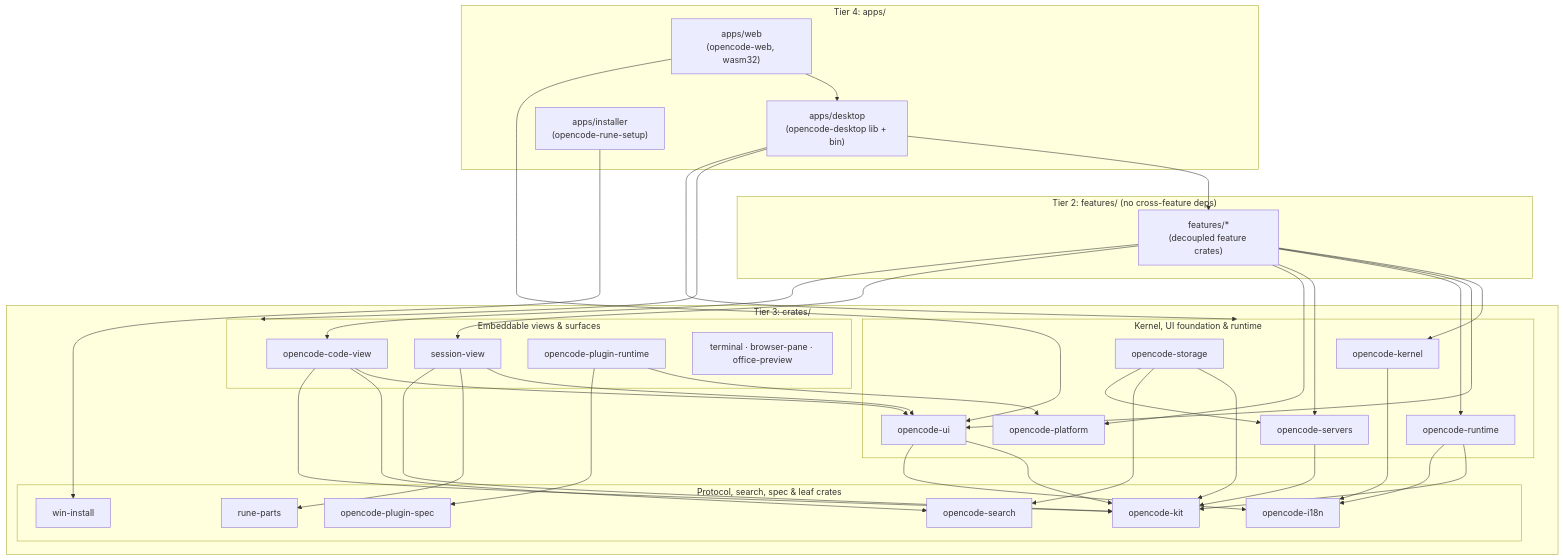
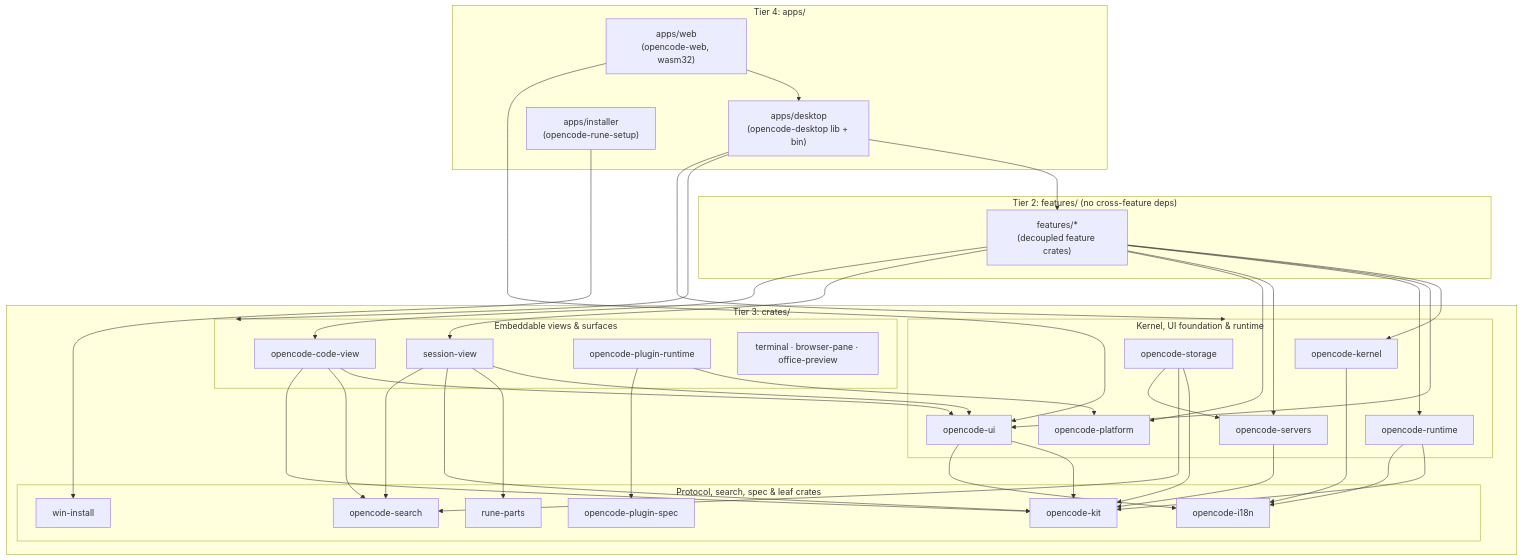
Before and after one commit to anomalyco/opencode-desktop: the diagram in ARCHITECTURE.md, drawn with Mermaid. The commit also changed other lines of this file and 78 other files, not shown here.

Commit message:
refactor(features): decouple non-timeline feature crates from session-view

````diff
--- a/ARCHITECTURE.md
+++ b/ARCHITECTURE.md
@@ -151,70 +151,71 @@
 ```mermaid
 flowchart TB
   subgraph T4["Tier 4: apps/"]
     WEB["apps/web<br/>(opencode-web, wasm32)"]
     DESKTOP["apps/desktop<br/>(opencode-desktop lib + bin)"]
     INSTALLER["apps/installer<br/>(opencode-rune-setup)"]
   end
 
   subgraph T2["Tier 2: features/ (no cross-feature deps)"]
     FEATS["features/*<br/>(decoupled feature crates)"]
   end
 
   subgraph T3["Tier 3: crates/"]
     subgraph T3_TOP["Embeddable views &amp; surfaces"]
       SV["session-view"]
       CV["opencode-code-view"]
       PR["opencode-plugin-runtime"]
       SURF["terminal · browser-pane · office-preview"]
     end
     subgraph T3_MID["Kernel, UI foundation &amp; runtime"]
       KERNEL["opencode-kernel"]
       UI["opencode-ui"]
       RT["opencode-runtime"]
       SRVS["opencode-servers"]
       PLAT["opencode-platform"]
       STOR["opencode-storage"]
     end
     subgraph T3_BASE["Protocol, search, spec &amp; leaf crates"]
       KIT["opencode-kit"]
       SEARCH["opencode-search"]
       I18N["opencode-i18n"]
       SPEC["opencode-plugin-spec"]
       PARTS["rune-parts"]
       WIN["win-install"]
     end
   end
 
   WEB --> DESKTOP
   WEB --> UI
   DESKTOP --> FEATS
   DESKTOP --> T3_TOP
   DESKTOP --> T3_MID
   INSTALLER --> WIN
 
   FEATS --> KERNEL
   FEATS --> UI
   FEATS --> RT
   FEATS --> SRVS
   FEATS --> PLAT
   FEATS --> SV
   FEATS --> CV
 
   SV --> UI
   SV --> PARTS
   SV --> KIT
+  SV --> SEARCH
   CV --> UI
   CV --> SEARCH
   CV --> KIT
   PR --> PLAT
   PR --> SPEC
   STOR --> KIT
   STOR --> SEARCH
   STOR --> SRVS
   SRVS --> KIT
   UI --> KIT
   UI --> I18N
   RT --> KIT
   RT --> I18N
   KERNEL --> I18N
 ```
````
